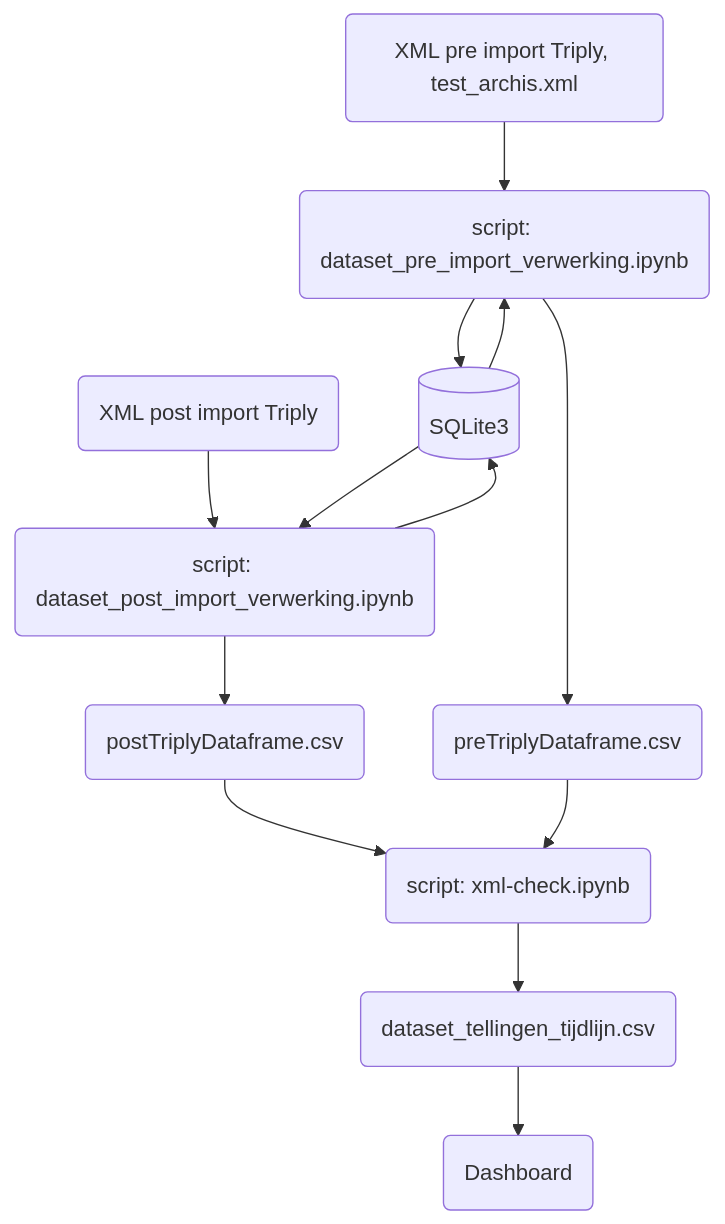
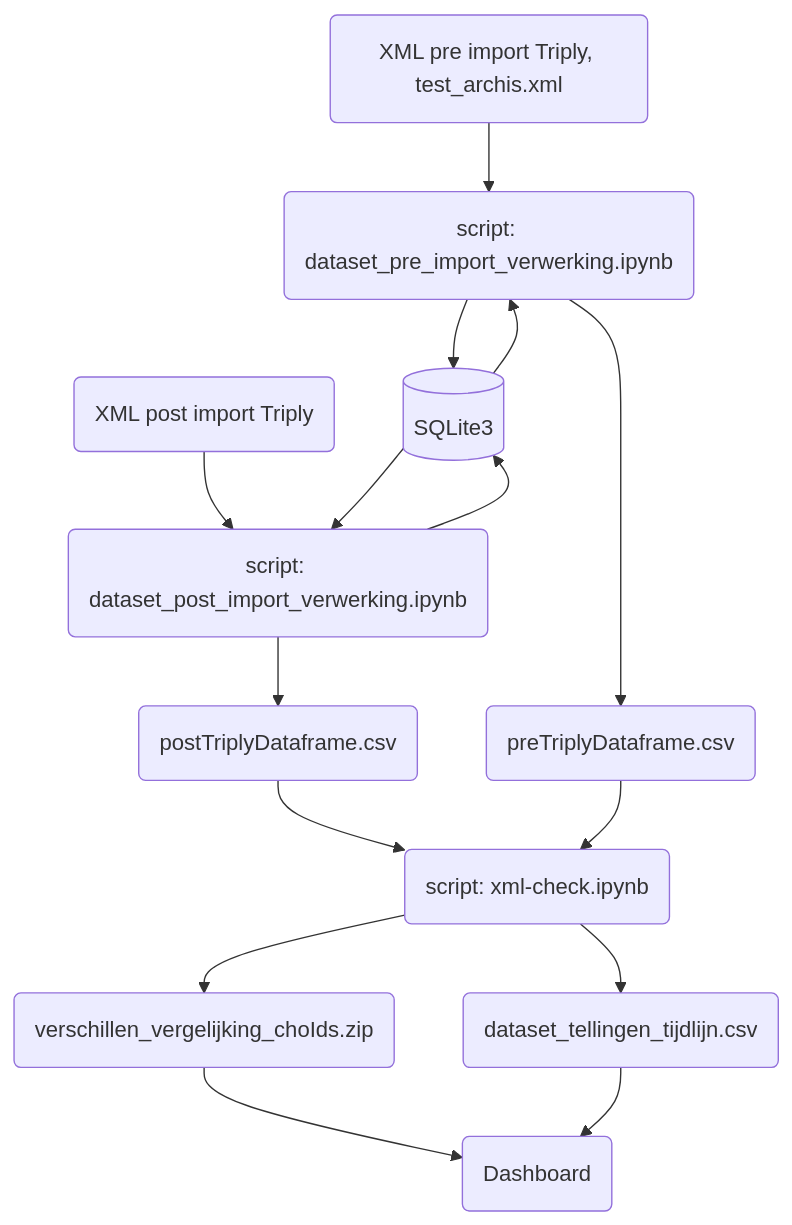
The diagram in README.md (cultureelerfgoed/dataquality_import_export_Triply), drawn with Mermaid before and after one commit.

````diff
--- a/README.md
+++ b/README.md
@@ -17,20 +17,22 @@
 ```mermaid
 graph TD
 id1(XML pre import Triply, test_archis.xml) --> id2(script: dataset_pre_import_verwerking.ipynb)
 click id2 "https://nbviewer.org/github/cultureelerfgoed/dataquality_import_export_Triply/blob/main/dataset_pre_import_verwerking.ipynb?flush_cache=true" _blank
 id2--> id3[(SQLite3)]
 id3-->id2
 id2-->id4(preTriplyDataframe.csv)
 id5(XML post import Triply) --> id6(script: dataset_post_import_verwerking.ipynb)
 click id6 "https://nbviewer.org/github/cultureelerfgoed/dataquality_import_export_Triply/blob/main/dataset_post_import_verwerking.ipynb?flush_cache=true"
 id6-->id3
 id3-->id6
 
 id6-->id7(postTriplyDataframe.csv) 
 id7-->id8(script: xml-check.ipynb)
 click id8 "https://nbviewer.org/github/cultureelerfgoed/dataquality_import_export_Triply/blob/main/xml-check.ipynb?flush_cache=true"
 id4-->id8
 id8-->id9(dataset_tellingen_tijdlijn.csv)
+id8-->id11(verschillen_vergelijking_choIds.zip)
+id11-->id10
 id9-->id10(Dashboard)
 
 ```
````
